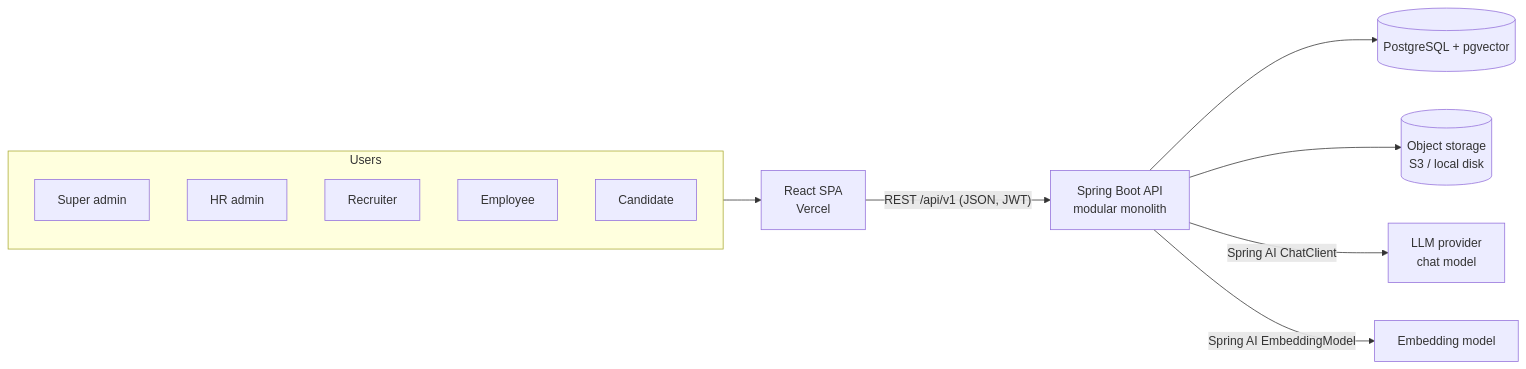
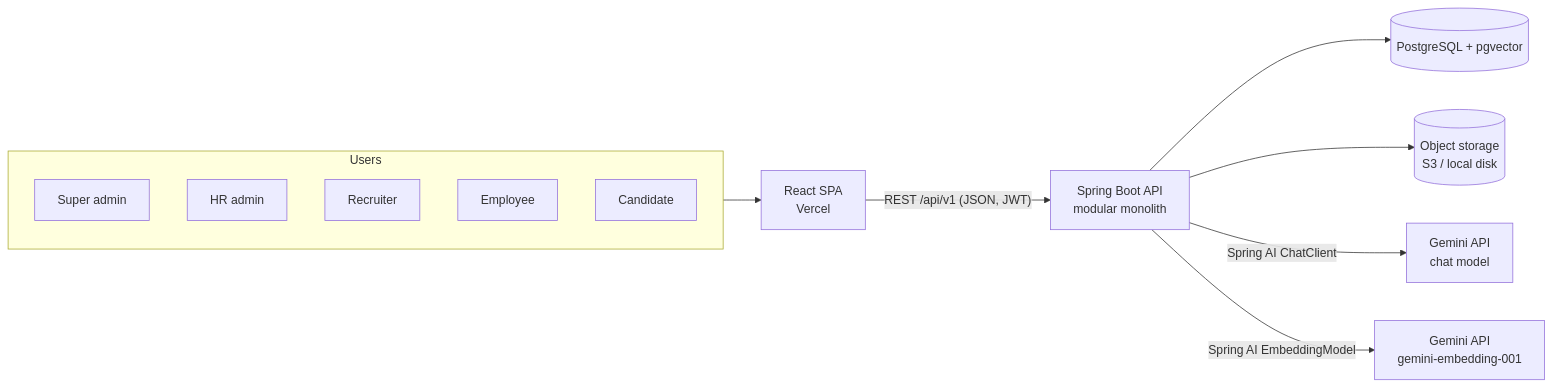
Before and after one commit to KanhaiyaPandey/HireFlow-AI: the first of 5 diagrams in docs/architecture.md, drawn with Mermaid. The commit also changed other lines of this file and 3 other files, not shown here.

Commit message:
Update documentation for Google Gemini API integration and embedding model specifications

````diff
--- a/docs/architecture.md
+++ b/docs/architecture.md
@@ -49,24 +49,24 @@
 ```mermaid
 flowchart LR
     subgraph Users
         SA[Super admin]
         HR[HR admin]
         RC[Recruiter]
         EM[Employee]
         CA[Candidate]
     end
 
     FE[React SPA<br/>Vercel]
     BE[Spring Boot API<br/>modular monolith]
     DB[(PostgreSQL + pgvector)]
     FS[(Object storage<br/>S3 / local disk)]
-    LLM[LLM provider<br/>chat model]
-    EMB[Embedding model]
+    LLM[Gemini API<br/>chat model]
+    EMB[Gemini API<br/>gemini-embedding-001]
 
     Users --> FE
     FE -- "REST /api/v1 (JSON, JWT)" --> BE
     BE --> DB
     BE --> FS
     BE -- "Spring AI ChatClient" --> LLM
     BE -- "Spring AI EmbeddingModel" --> EMB
 ```
````
